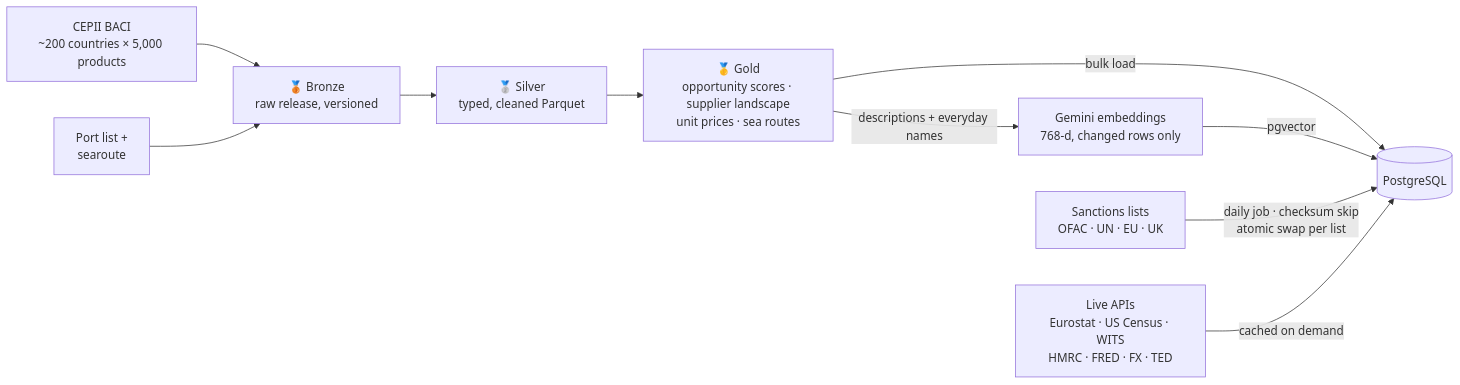
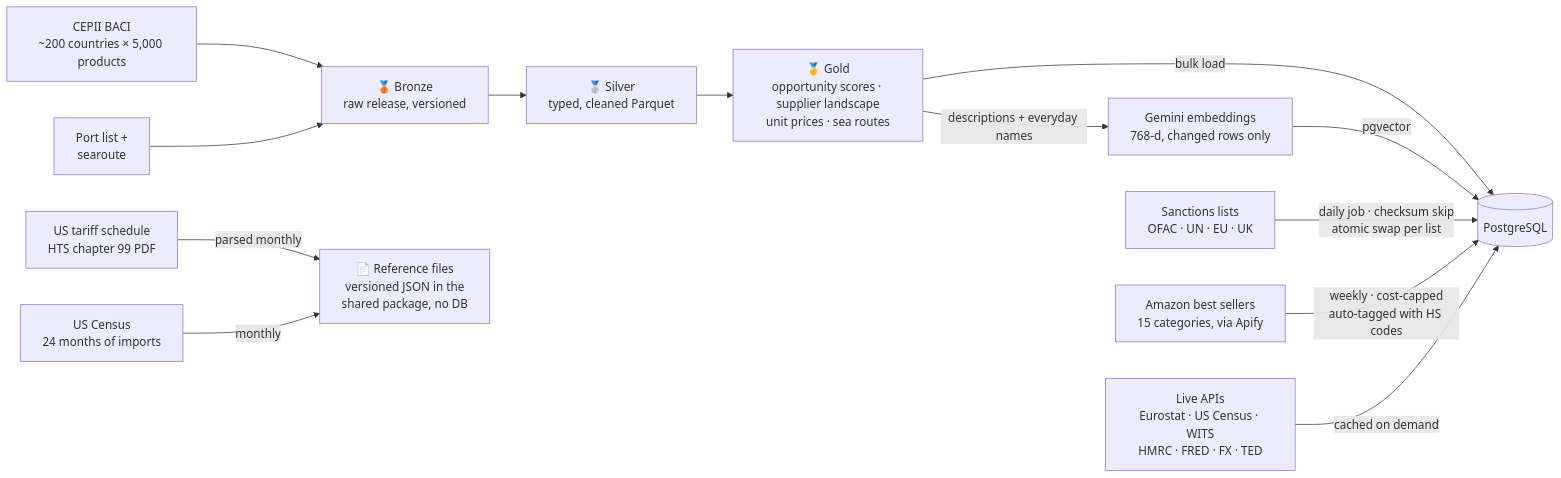
Before and after one commit to IzzatShahGit/whitespace: the diagram in docs/diagrams/data-platform.mmd, drawn with Mermaid. The commit also changed 11 other files, not shown here.

```diff
--- a/docs/diagrams/data-platform.mmd
+++ b/docs/diagrams/data-platform.mmd
@@ -1,10 +1,13 @@
 flowchart LR
     S1[CEPII BACI<br/>~200 countries × 5,000 products] --> BR
     S2[Port list +<br/>searoute] --> BR
     BR[🥉 Bronze<br/>raw release, versioned] --> SI[🥈 Silver<br/>typed, cleaned Parquet]
     SI --> GO[🥇 Gold<br/>opportunity scores · supplier landscape<br/>unit prices · sea routes]
     GO -->|bulk load| PG[(PostgreSQL)]
     GO -->|descriptions + everyday names| EM[Gemini embeddings<br/>768-d, changed rows only]
     EM -->|pgvector| PG
     S3[Sanctions lists<br/>OFAC · UN · EU · UK] -->|daily job · checksum skip<br/>atomic swap per list| PG
+    S6[Amazon best sellers<br/>15 categories, via Apify] -->|weekly · cost-capped<br/>auto-tagged with HS codes| PG
     L1[Live APIs<br/>Eurostat · US Census · WITS<br/>HMRC · FRED · FX · TED] -->|cached on demand| PG
+    S4[US tariff schedule<br/>HTS chapter 99 PDF] -->|parsed monthly| REF[📄 Reference files<br/>versioned JSON in the<br/>shared package, no DB]
+    S5[US Census<br/>24 months of imports] -->|monthly| REF
```
